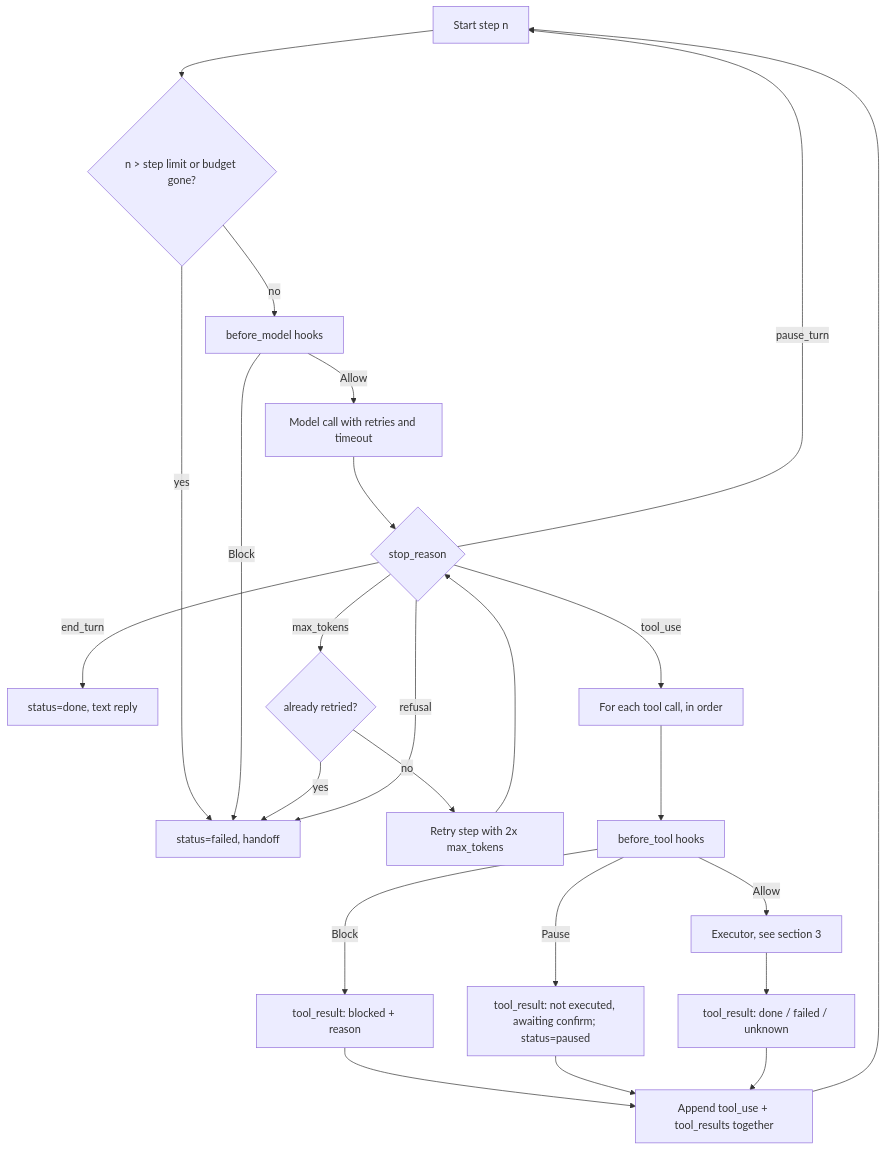
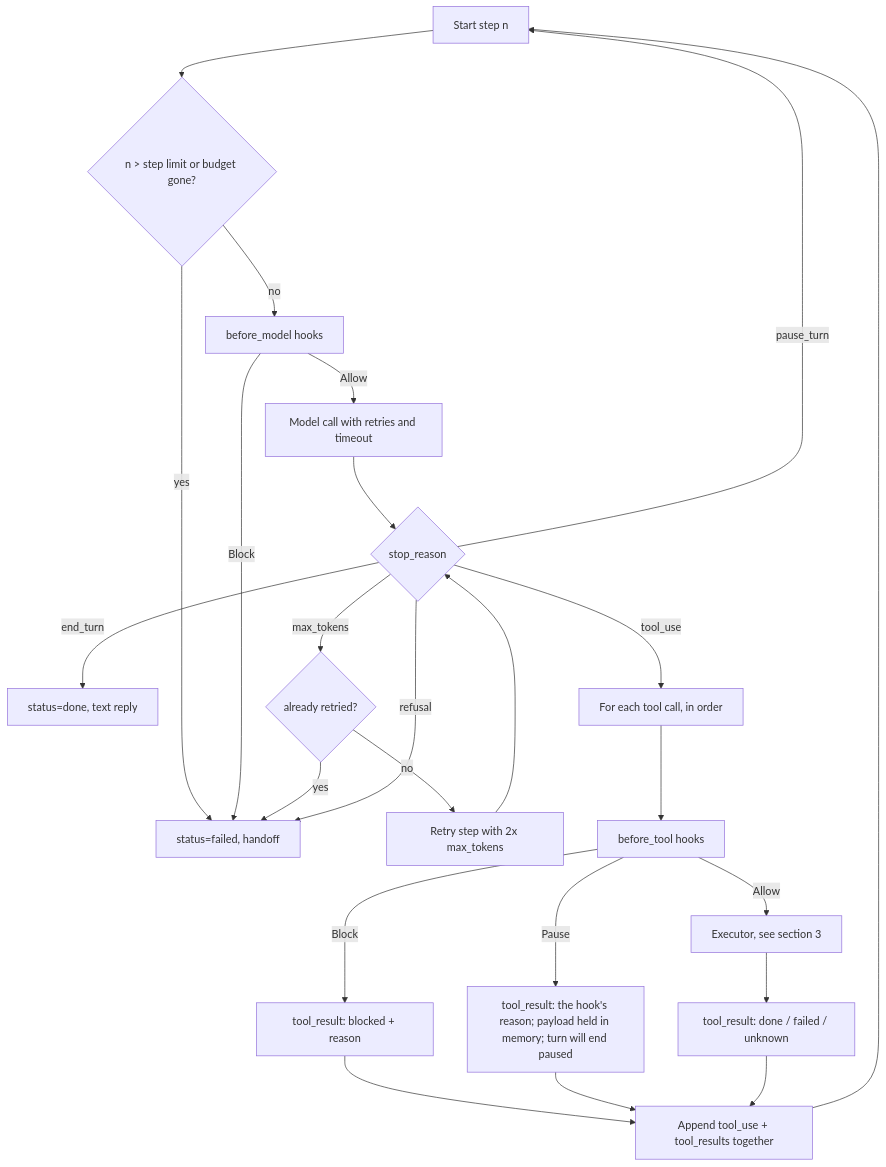
Before and after one commit to Kcodess2807/citycare-agent: the second of 3 diagrams in docs/flow.md, drawn with Mermaid. The commit also changed other lines of this file and 5 other files, not shown here.

````diff
--- a/docs/flow.md
+++ b/docs/flow.md
@@ -29,26 +29,26 @@
 ```mermaid
 flowchart TD
     S[Start step n] --> B1{n > step limit or budget gone?}
     B1 -- yes --> FAIL[status=failed, handoff]
     B1 -- no --> M[before_model hooks]
     M -- Block --> FAIL
     M -- Allow --> CALL[Model call with retries and timeout]
     CALL --> R{stop_reason}
     R -- end_turn --> DONE[status=done, text reply]
     R -- max_tokens --> RT{already retried?}
     RT -- no --> CALL2[Retry step with 2x max_tokens]
     CALL2 --> R
     RT -- yes --> FAIL
     R -- refusal --> FAIL
     R -- pause_turn --> S
     R -- tool_use --> T[For each tool call, in order]
     T --> H1[before_tool hooks]
     H1 -- Block --> TR1[tool_result: blocked + reason]
-    H1 -- Pause --> TR2[tool_result: not executed, awaiting confirm; status=paused]
+    H1 -- Pause --> TR2[tool_result: the hook's reason; payload held in memory; turn will end paused]
     H1 -- Allow --> EX[Executor, see section 3]
     EX --> TR3[tool_result: done / failed / unknown]
     TR1 --> NEXT[Append tool_use + tool_results together]
     TR2 --> NEXT
     TR3 --> NEXT
     NEXT --> S
 ```
````
